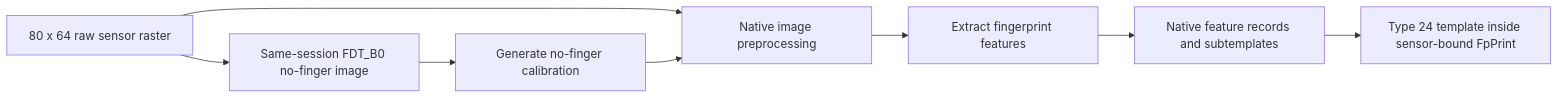
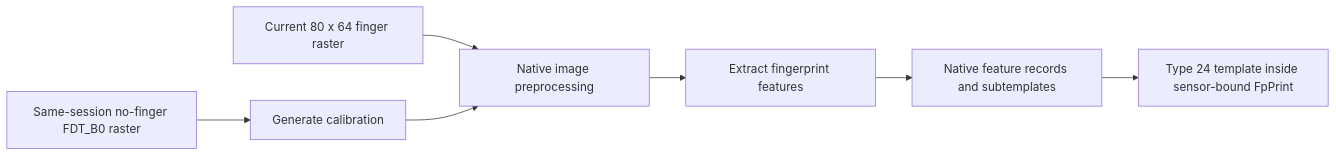
The diagram in docs/learning/05_from_image_to_template.md (maxvelikodnev/goodix-27c6-5125-ubuntu), drawn with Mermaid before and after one commit. The commit also changed other lines of this file, not shown here.

Commit message:
docs: correct independent no-finger calibration input and educational wording

````diff
--- a/docs/learning/05_from_image_to_template.md
+++ b/docs/learning/05_from_image_to_template.md
@@ -25,10 +25,9 @@
 ```mermaid
 flowchart LR
-    A["80 x 64 raw sensor raster"] --> B["Same-session FDT_B0 no-finger image"]
-    B --> C["Generate no-finger calibration"]
-    A --> D["Native image preprocessing"]
+    A["Current 80 x 64 finger raster"] --> D["Native image preprocessing"]
+    B["Same-session no-finger FDT_B0 raster"] --> C["Generate calibration"]
     C --> D
     D --> E["Extract fingerprint features"]
     E --> F["Native feature records and subtemplates"]
     F --> G["Type 24 template inside sensor-bound FpPrint"]
 ```
````
